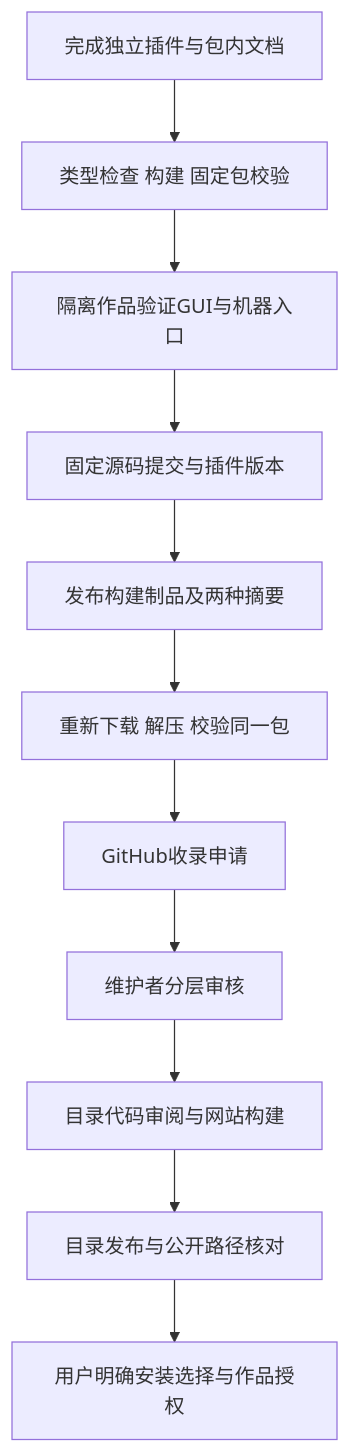
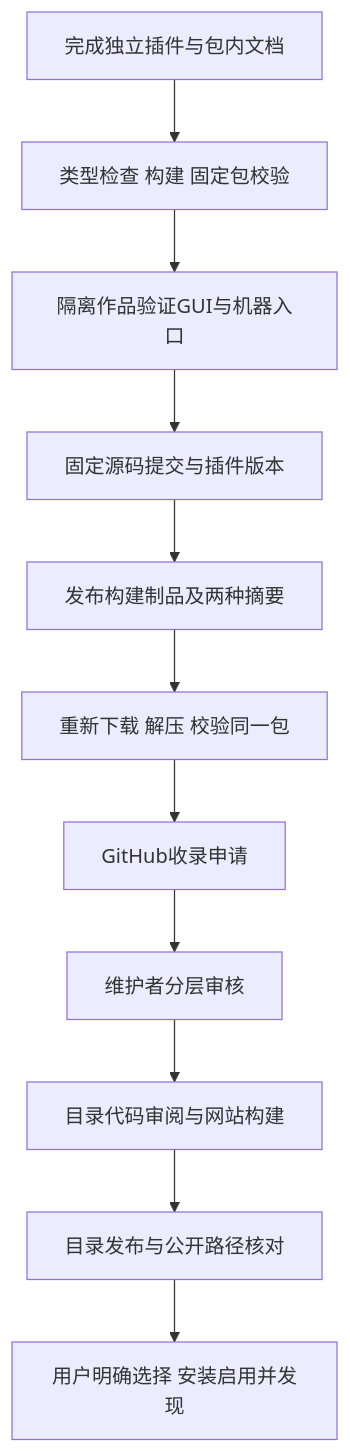
The diagram in docs/plugin/23-插件发布与上架指南.md (limecloud/hetu), drawn with Mermaid before and after one commit. The commit also changed other lines of this file and 20 other files, not shown here.

````diff
--- a/docs/plugin/23-插件发布与上架指南.md
+++ b/docs/plugin/23-插件发布与上架指南.md
@@ -28,13 +28,13 @@
 ```mermaid
 flowchart TD
     A[完成独立插件与包内文档] --> B[类型检查 构建 固定包校验]
     B --> C[隔离作品验证GUI与机器入口]
     C --> D[固定源码提交与插件版本]
     D --> E[发布构建制品及两种摘要]
     E --> F[重新下载 解压 校验同一包]
     F --> G[GitHub收录申请]
     G --> H[维护者分层审核]
     H --> I[目录代码审阅与网站构建]
     I --> J[目录发布与公开路径核对]
-    J --> K[用户明确安装选择与作品授权]
+    J --> K[用户明确选择 安装启用并发现]
 ```
````
